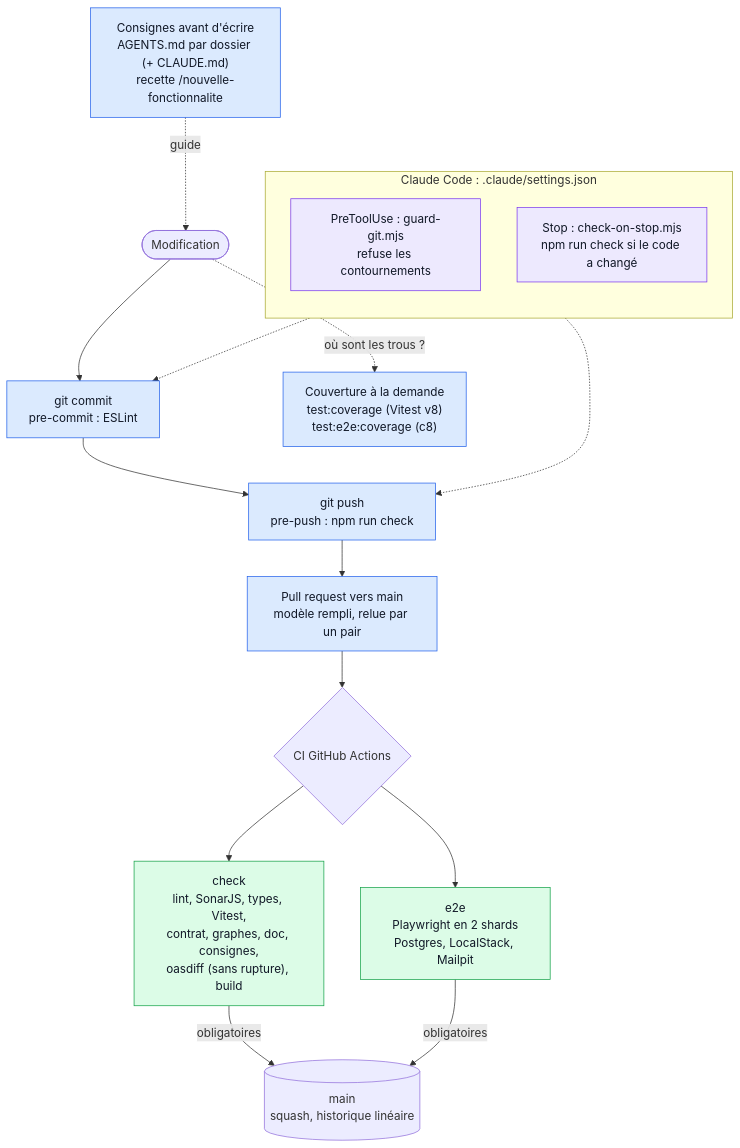
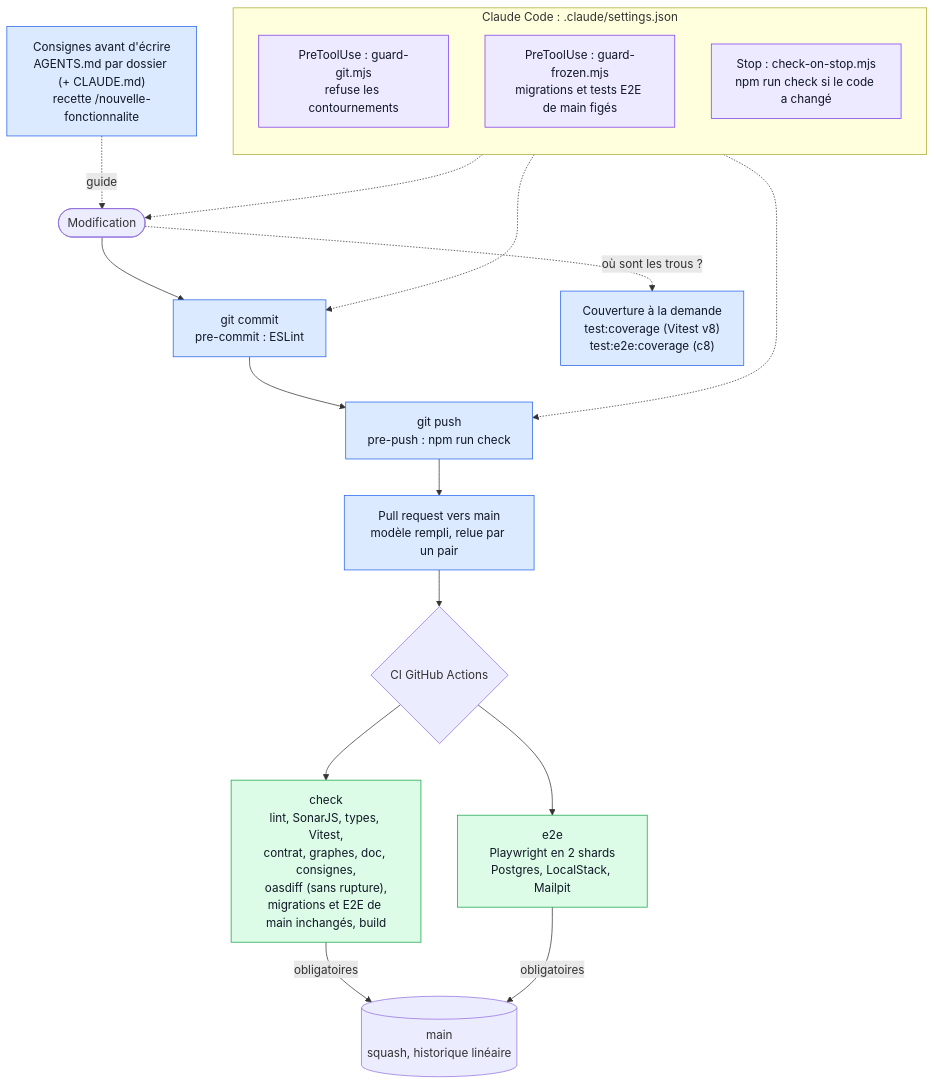
The diagram in docs/architecture/vues/harnais.mmd (2-MORGAN/expense-io), drawn with Mermaid before and after one commit. The commit also changed 14 other files, not shown here.

First line of the commit message:
feat(harnais): migrations et tests E2E déjà dans main figés (hook Claude Code et CI)

```diff
--- a/docs/architecture/vues/harnais.mmd
+++ b/docs/architecture/vues/harnais.mmd
@@ -1,35 +1,37 @@
 flowchart TB
   %% Vue écrite à la main : la modifier ici, npm run generate:architecture la recopie dans docs/index.html.
   %% À tenir à jour avec le code (CLAUDE.md, « Documentation développeur »).
 
   guide["Consignes avant d'écrire<br/>AGENTS.md par dossier (+ CLAUDE.md)<br/>recette /nouvelle-fonctionnalite"]
   change(["Modification"])
   commit["git commit<br/>pre-commit : ESLint"]
   push["git push<br/>pre-push : npm run check"]
   pr["Pull request vers main<br/>modèle rempli, relue par un pair"]
   ci{"CI GitHub Actions"}
-  checkJob["check<br/>lint, SonarJS, types, Vitest,<br/>contrat, graphes, doc, consignes,<br/>oasdiff (sans rupture), build"]
+  checkJob["check<br/>lint, SonarJS, types, Vitest,<br/>contrat, graphes, doc, consignes,<br/>oasdiff (sans rupture),<br/>migrations et E2E de main inchangés, build"]
   e2eJob["e2e<br/>Playwright en 2 shards<br/>Postgres, LocalStack, Mailpit"]
   mainBranch[("main<br/>squash, historique linéaire")]
   coverage["Couverture à la demande<br/>test:coverage (Vitest v8)<br/>test:e2e:coverage (c8)"]
 
   subgraph claude["Claude Code : .claude/settings.json"]
     direction TB
     guardHook["PreToolUse : guard-git.mjs<br/>refuse les contournements"]
+    frozenHook["PreToolUse : guard-frozen.mjs<br/>migrations et tests E2E de main figés"]
     stopHook["Stop : check-on-stop.mjs<br/>npm run check si le code a changé"]
   end
 
   guide -.->|"guide"| change
   change --> commit --> push --> pr --> ci
   change -.->|"où sont les trous ?"| coverage
   ci --> checkJob & e2eJob
   checkJob & e2eJob -->|"obligatoires"| mainBranch
   guardHook -.-> commit
+  frozenHook -.-> change
   stopHook -.-> push
 
   classDef local fill:#dbeafe,stroke:#2563eb,color:#111827
   classDef ciJob fill:#dcfce7,stroke:#16a34a,color:#111827
   classDef hook fill:#ede9fe,stroke:#7c3aed,color:#111827
   class guide,commit,push,pr,coverage local
   class checkJob,e2eJob ciJob
-  class guardHook,stopHook hook
+  class guardHook,frozenHook,stopHook hook
```
